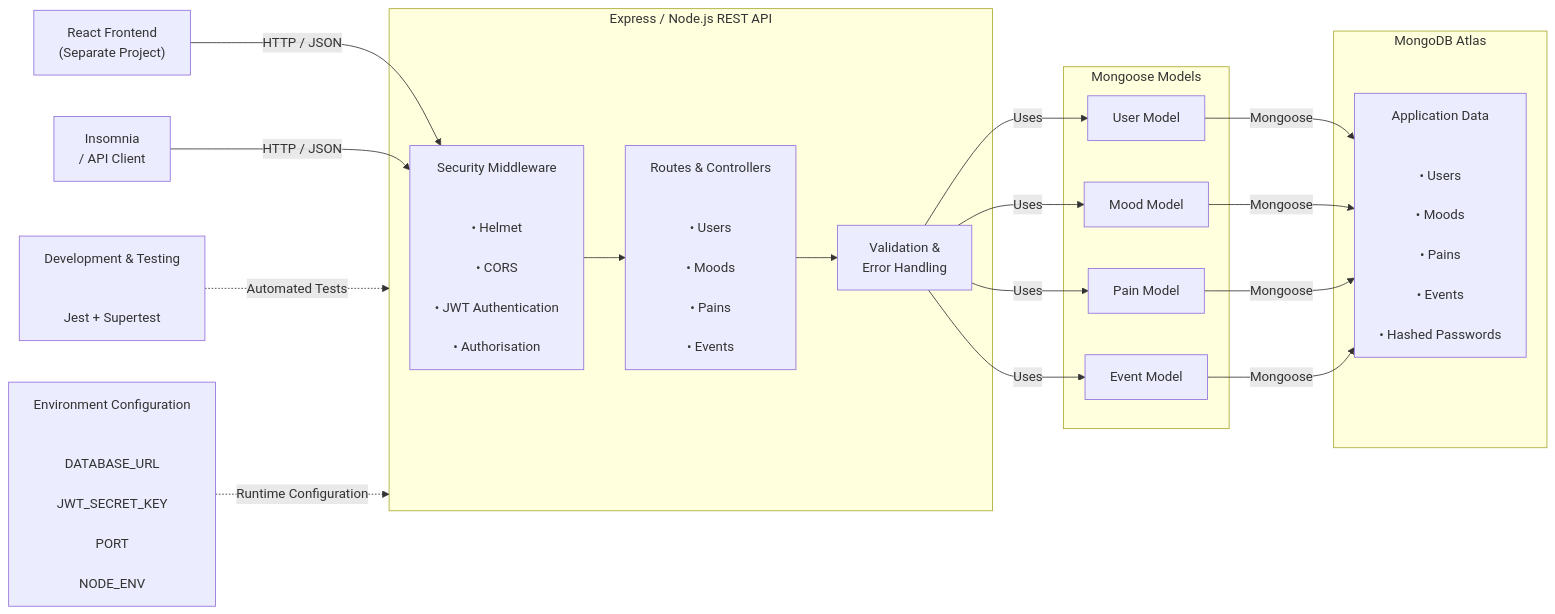
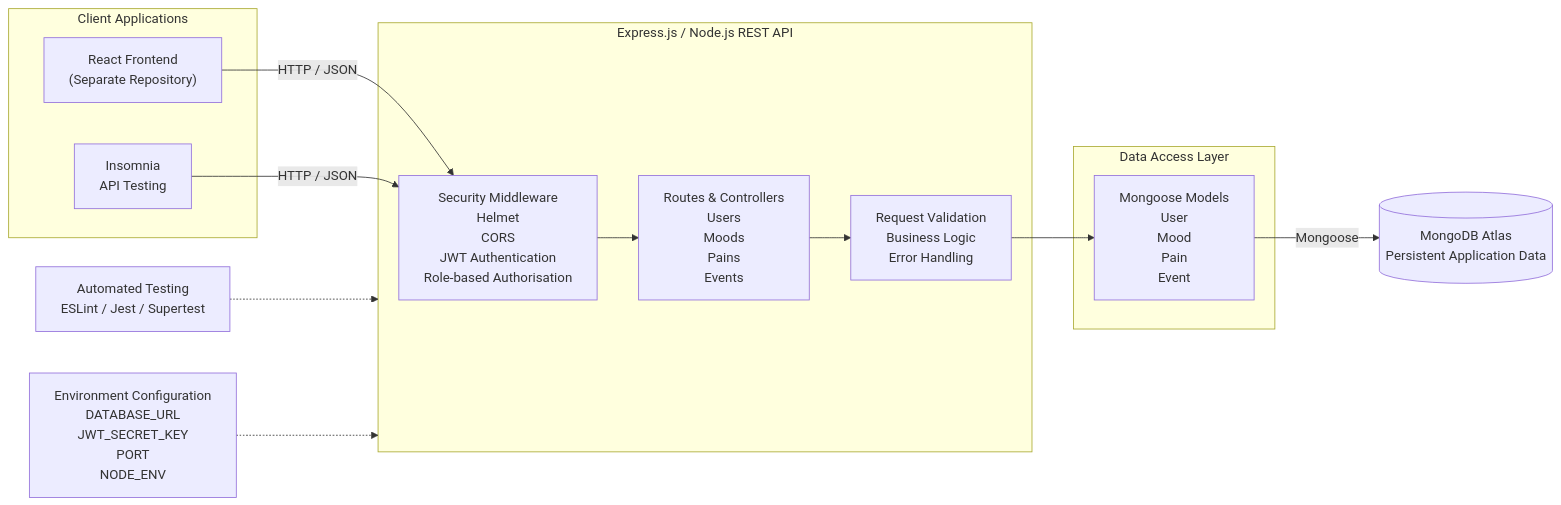
Before and after one commit to BeeGeeEss/the-village-CICD: the first of 3 diagrams in README.md, drawn with Mermaid. The commit also changed other lines of this file and 1 other file, not shown here.

Commit message:
DOCS: Update app architecture and diagrams

````diff
--- a/README.md
+++ b/README.md
@@ -78,73 +80,35 @@
 ```mermaid
 flowchart LR
-
-    F["React Frontend<br/>(Separate Project)"]
-
-    I["Insomnia<br/>/ API Client"]
-
-    subgraph API["Express / Node.js REST API"]
-
-        S["Security Middleware<br/><br/>
-        • Helmet<br/>
-        • CORS<br/>
-        • JWT Authentication<br/>
-        • Authorisation"]
-
-        R["Routes & Controllers<br/><br/>
-        • Users<br/>
-        • Moods<br/>
-        • Pains<br/>
-        • Events"]
-
-        V["Validation &<br/>Error Handling"]
-
-        S --> R
-        R --> V
-
+    subgraph CLIENTS["Client Applications"]
+        REACT["React Frontend<br/>(Separate Repository)"]
+        INSOMNIA["Insomnia<br/>API Testing"]
     end
 
-    subgraph MODELS["Mongoose Models"]
+    subgraph API["Express.js / Node.js REST API"]
+        SECURITY["Security Middleware<br/>Helmet<br/>CORS<br/>JWT Authentication<br/>Role-based Authorisation"]
 
-        UM["User Model"]
-        MM["Mood Model"]
-        PM["Pain Model"]
-        EM["Event Model"]
+        ROUTES["Routes & Controllers<br/>Users<br/>Moods<br/>Pains<br/>Events"]
 
+        VALIDATION["Request Validation<br/>Business Logic<br/>Error Handling"]
+
+        SECURITY --> ROUTES
+        ROUTES --> VALIDATION
     end
 
-    subgraph DB["MongoDB Atlas"]
-
-        D["Application Data<br/><br/>
-        • Users<br/>
-        • Moods<br/>
-        • Pains<br/>
-        • Events<br/>
-        • Hashed Passwords"]
-
+    subgraph DATA["Data Access Layer"]
+        MODELS["Mongoose Models<br/>User<br/>Mood<br/>Pain<br/>Event"]
     end
 
-    T["Development & Testing<br/><br/>
-    Jest + Supertest"]
+    DB[("MongoDB Atlas<br/>Persistent Application Data")]
 
-    E["Environment Configuration<br/><br/>
-    DATABASE_URL<br/>
-    JWT_SECRET_KEY<br/>
-    PORT<br/>
-    NODE_ENV"]
+    REACT -->|"HTTP / JSON"| SECURITY
+    INSOMNIA -->|"HTTP / JSON"| SECURITY
+    VALIDATION --> MODELS
+    MODELS -->|"Mongoose"| DB
 
-    F -->|"HTTP / JSON"| S
-    I -->|"HTTP / JSON"| S
+    TESTS["Automated Testing<br/>ESLint / Jest / Supertest"]
+    CONFIG["Environment Configuration<br/>DATABASE_URL<br/>JWT_SECRET_KEY<br/>PORT<br/>NODE_ENV"]
 
-    V -->|"Uses"| UM
-    V -->|"Uses"| MM
-    V -->|"Uses"| PM
-    V -->|"Uses"| EM
-
-    UM -->|"Mongoose"| D
-    MM -->|"Mongoose"| D
-    PM -->|"Mongoose"| D
-    EM -->|"Mongoose"| D
-
-    T -.->|"Automated Tests"| API
-    E -.->|"Runtime Configuration"| API
+    TESTS -.-> API
+    CONFIG -.-> API
 ```
````
